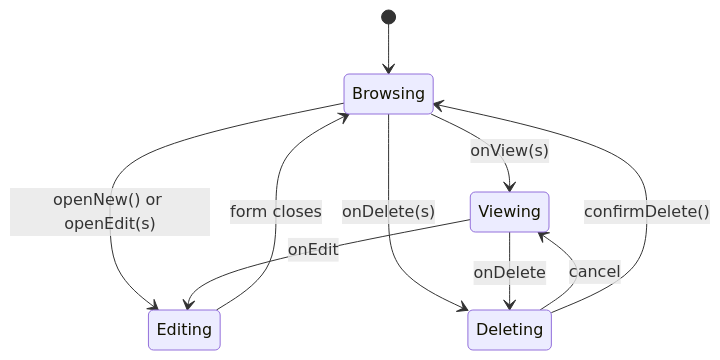
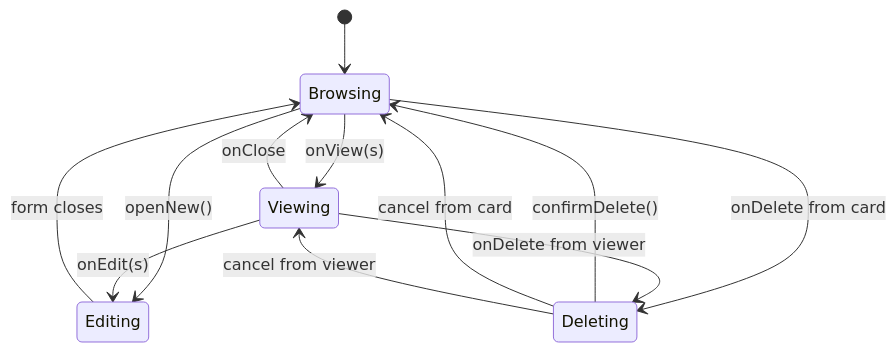
One commit to Mohita111/API2 changed the third of 3 diagrams in dromeas/docs/api2-documentation/plan_2026-11-12_209684/internal-docs/applayout-component-main-application-state-and-cru.md. Above: the diagram before and after it, drawn with Mermaid. The commit also changed other lines of this file and 15 other files, not shown here.

````diff
--- a/dromeas/docs/api2-documentation/plan_2026-11-12_209684/internal-docs/applayout-component-main-application-state-and-cru.md
+++ b/dromeas/docs/api2-documentation/plan_2026-11-12_209684/internal-docs/applayout-component-main-application-state-and-cru.md
@@ -277,12 +285,14 @@
 ```mermaid
 stateDiagram-v2
     [*] --> Browsing
     Browsing --> Viewing: onView(s)
-    Browsing --> Editing: openNew() or openEdit(s)
-    Viewing --> Editing: onEdit
-    Browsing --> Deleting: onDelete(s)
-    Viewing --> Deleting: onDelete
-    Deleting --> Viewing: cancel
+    Viewing --> Browsing: onClose
+    Browsing --> Editing: openNew()
+    Viewing --> Editing: onEdit(s)
+    Editing --> Browsing: form closes
+    Browsing --> Deleting: onDelete from card
+    Viewing --> Deleting: onDelete from viewer
     Deleting --> Browsing: confirmDelete()
-    Editing --> Browsing: form closes
+    Deleting --> Browsing: cancel from card
+    Deleting --> Viewing: cancel from viewer
 ```
````
